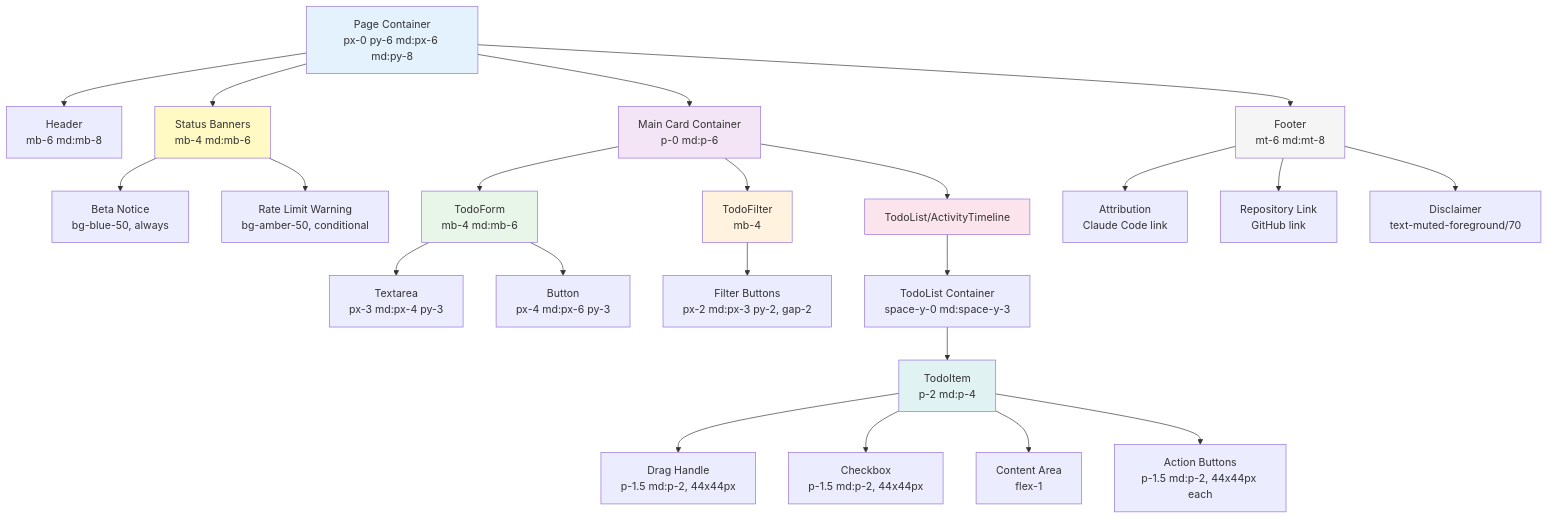
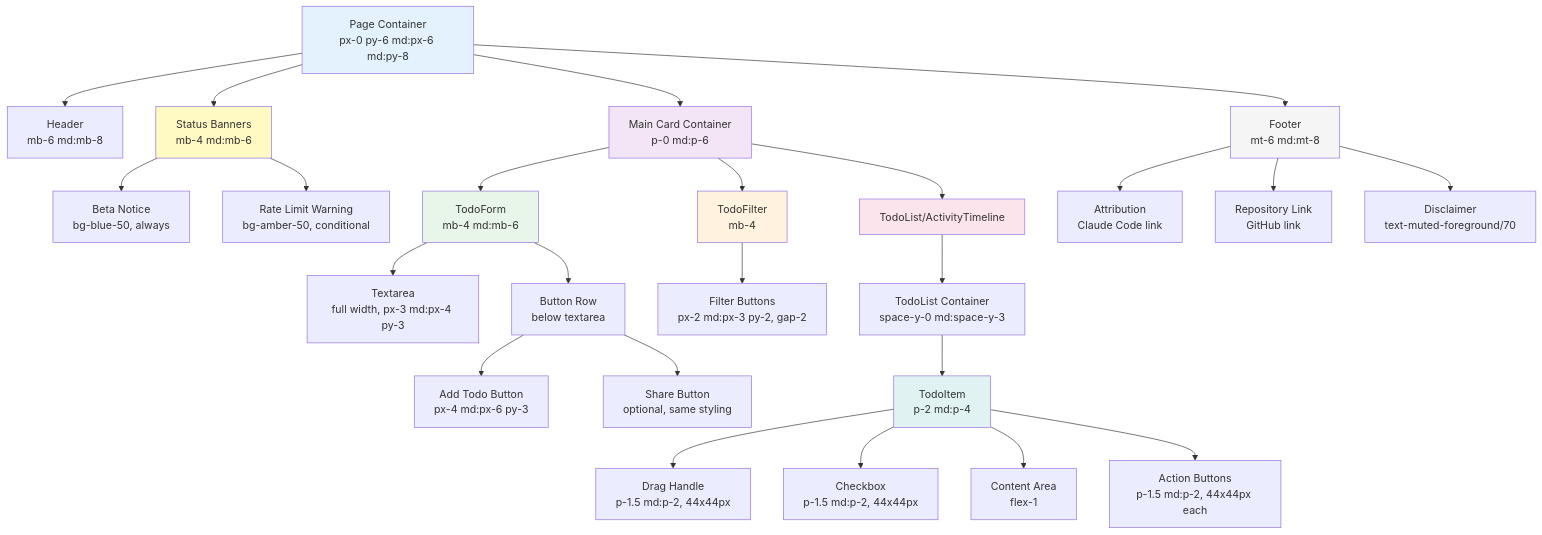
The diagram in docs/ux/layout-and-spacing-reference.md (mikiwiik/instructions-only-claude-coding), drawn with Mermaid before and after one commit. The commit also changed other lines of this file, not shown here.

First line of the commit message:
docs(ux): update layout docs for stacked TodoForm layout

````diff
--- a/docs/ux/layout-and-spacing-reference.md
+++ b/docs/ux/layout-and-spacing-reference.md
@@ -39,40 +39,42 @@
 ```mermaid
 graph TB
     A[Page Container<br/>px-0 py-6 md:px-6 md:py-8] --> B[Header<br/>mb-6 md:mb-8]
     A --> S[Status Banners<br/>mb-4 md:mb-6]
     A --> C[Main Card Container<br/>p-0 md:p-6]
     A --> D[Footer<br/>mt-6 md:mt-8]
 
     S --> S1[Beta Notice<br/>bg-blue-50, always]
     S --> S2[Rate Limit Warning<br/>bg-amber-50, conditional]
 
     C --> E[TodoForm<br/>mb-4 md:mb-6]
     C --> F[TodoFilter<br/>mb-4]
     C --> G[TodoList/ActivityTimeline]
 
-    E --> E1[Textarea<br/>px-3 md:px-4 py-3]
-    E --> E2[Button<br/>px-4 md:px-6 py-3]
+    E --> E1[Textarea<br/>full width, px-3 md:px-4 py-3]
+    E --> E3[Button Row<br/>below textarea]
+    E3 --> E2[Add Todo Button<br/>px-4 md:px-6 py-3]
+    E3 --> E4[Share Button<br/>optional, same styling]
 
     F --> F1[Filter Buttons<br/>px-2 md:px-3 py-2, gap-2]
 
     G --> H[TodoList Container<br/>space-y-0 md:space-y-3]
     H --> I[TodoItem<br/>p-2 md:p-4]
 
     I --> I1[Drag Handle<br/>p-1.5 md:p-2, 44x44px]
     I --> I2[Checkbox<br/>p-1.5 md:p-2, 44x44px]
     I --> I3[Content Area<br/>flex-1]
     I --> I4[Action Buttons<br/>p-1.5 md:p-2, 44x44px each]
 
     D --> D1[Attribution<br/>Claude Code link]
     D --> D2[Repository Link<br/>GitHub link]
     D --> D3[Disclaimer<br/>text-muted-foreground/70]
 
     style A fill:#e3f2fd
     style S fill:#fff9c4
     style C fill:#f3e5f5
     style E fill:#e8f5e9
     style F fill:#fff3e0
     style G fill:#fce4ec
     style I fill:#e0f2f1
     style D fill:#f5f5f5
 ```
````
